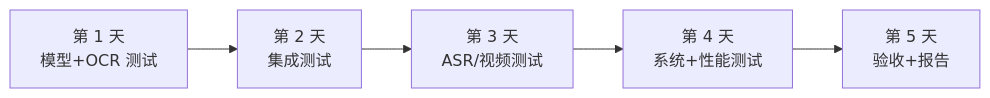
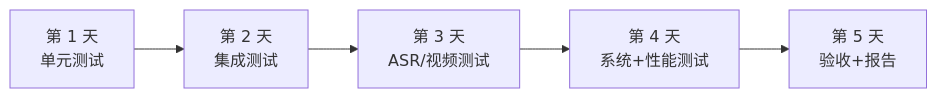
Before and after one commit to Luanxiao-Z/FZU_SentimentAnalysis: the diagram in TEST_PLAN.md, drawn with Mermaid. The commit also changed other lines of this file and 20 other files, not shown here.

````diff
--- a/TEST_PLAN.md
+++ b/TEST_PLAN.md
@@ -40,7 +40,7 @@
 ```mermaid
 graph LR
-    A[第 1 天<br/>模型+OCR 测试] --> B[第 2 天<br/>集成测试]
+    A[第 1 天<br/>单元测试] --> B[第 2 天<br/>集成测试]
     B --> C[第 3 天<br/>ASR/视频测试]
     C --> D[第 4 天<br/>系统+性能测试]
     D --> E[第 5 天<br/>验收+报告]
 ```
````
